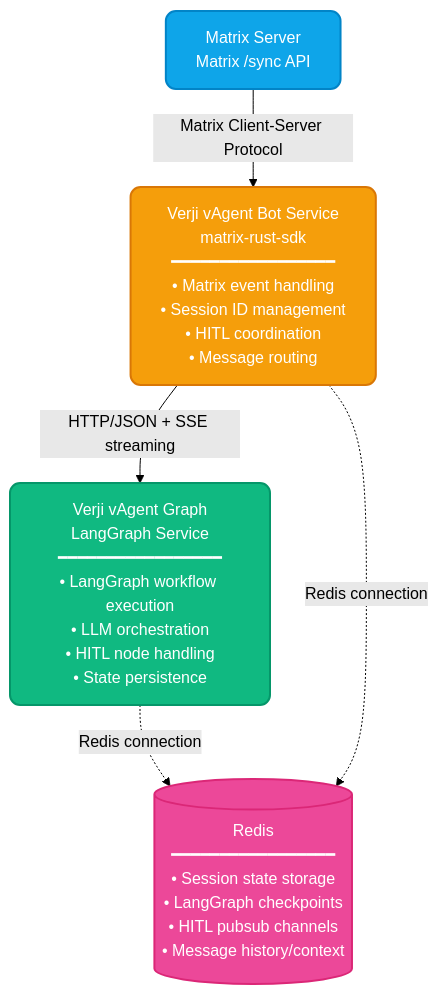
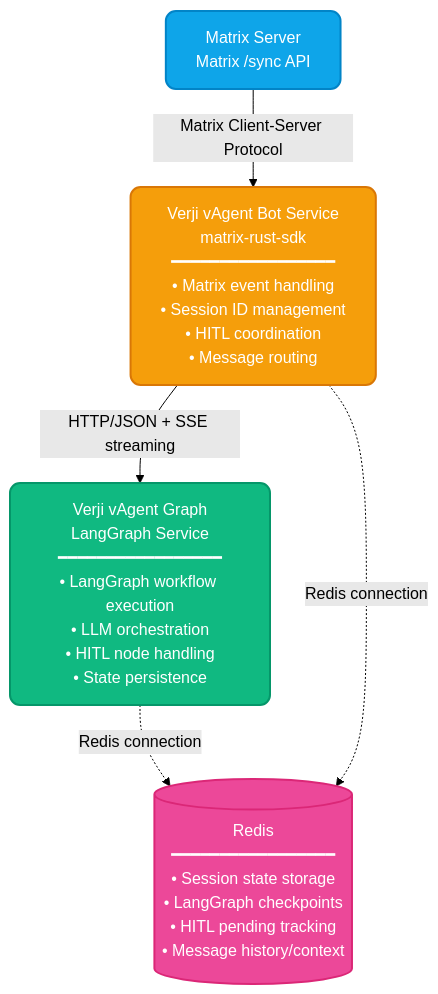
One commit to verji/verji-ai-agent changed the first of 3 diagrams in ARCHITECTURE.md. Above: the diagram before and after it, drawn with Mermaid (forest theme). The commit also changed other lines of this file and 1 other file, not shown here.

````diff
--- a/ARCHITECTURE.md
+++ b/ARCHITECTURE.md
@@ -16,17 +18,17 @@
 ```mermaid
 graph TD
     A[Matrix Server<br/>Matrix /sync API]
     B[Verji vAgent Bot Service<br/>matrix-rust-sdk<br/>━━━━━━━━━━━━━━━━━<br/>• Matrix event handling<br/>• Session ID management<br/>• HITL coordination<br/>• Message routing]
     C[Verji vAgent Graph<br/>LangGraph Service<br/>━━━━━━━━━━━━━━━━━<br/>• LangGraph workflow execution<br/>• LLM orchestration<br/>• HITL node handling<br/>• State persistence]
-    D[(Redis<br/>━━━━━━━━━━━━━━━━━<br/>• Session state storage<br/>• LangGraph checkpoints<br/>• HITL pubsub channels<br/>• Message history/context)]
+    D[(Redis<br/>━━━━━━━━━━━━━━━━━<br/>• Session state storage<br/>• LangGraph checkpoints<br/>• HITL pending tracking<br/>• Message history/context)]
 
     A -->|Matrix Client-Server Protocol| B
     B -->|HTTP/JSON + SSE streaming| C
     C -.->|Redis connection| D
     B -.->|Redis connection| D
 
     style A fill:#0ea5e9,stroke:#0284c7,stroke-width:2px,color:#fff,rx:10,ry:10
     style B fill:#f59e0b,stroke:#d97706,stroke-width:2px,color:#fff,rx:10,ry:10
     style C fill:#10b981,stroke:#059669,stroke-width:2px,color:#fff,rx:10,ry:10
     style D fill:#ec4899,stroke:#db2777,stroke-width:2px,color:#fff,rx:10,ry:10
 ```
````
